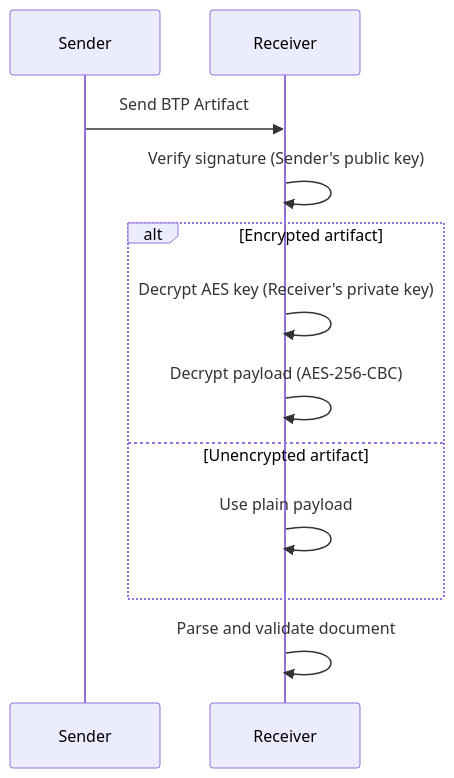
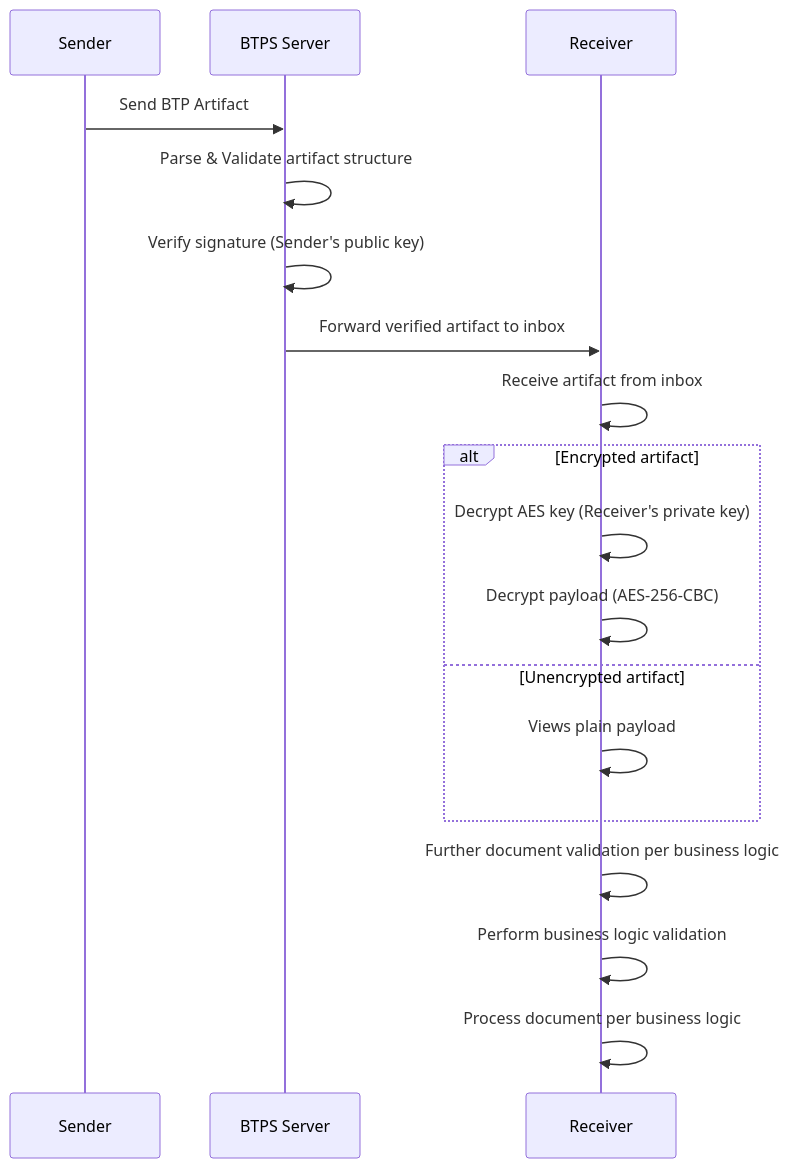
One commit to openbtps/btps-node changed the diagram in docs/docusaurus/docs/protocol/security/decryption.md. Above: the diagram before and after it, drawn with Mermaid. The commit also changed other lines of this file and 28 other files, not shown here.

Commit message:
- updated docs and added delegation flows and docs

````diff
--- a/docs/docusaurus/docs/protocol/security/decryption.md
+++ b/docs/docusaurus/docs/protocol/security/decryption.md
@@ -28,14 +36,22 @@
 ```mermaid
 sequenceDiagram
     participant Sender
+    participant BTPS Server
     participant Receiver
-    Sender->>Receiver: Send BTP Artifact
-    Receiver->>Receiver: Verify signature (Sender's public key)
+    
+    Sender->>BTPS Server: Send BTP Artifact
+    BTPS Server->>BTPS Server: Parse & Validate artifact structure
+    BTPS Server->>BTPS Server: Verify signature (Sender's public key)
+    BTPS Server->>Receiver: Forward verified artifact to inbox
+    
+    Receiver->>Receiver: Receive artifact from inbox
     alt Encrypted artifact
         Receiver->>Receiver: Decrypt AES key (Receiver's private key)
         Receiver->>Receiver: Decrypt payload (AES-256-CBC)
     else Unencrypted artifact
-        Receiver->>Receiver: Use plain payload
+        Receiver->>Receiver: Views plain payload
     end
-    Receiver->>Receiver: Parse and validate document
+    Receiver->>Receiver: Further document validation per business logic
+    Receiver->>Receiver: Perform business logic validation
+    Receiver->>Receiver: Process document per business logic
 ```
````
